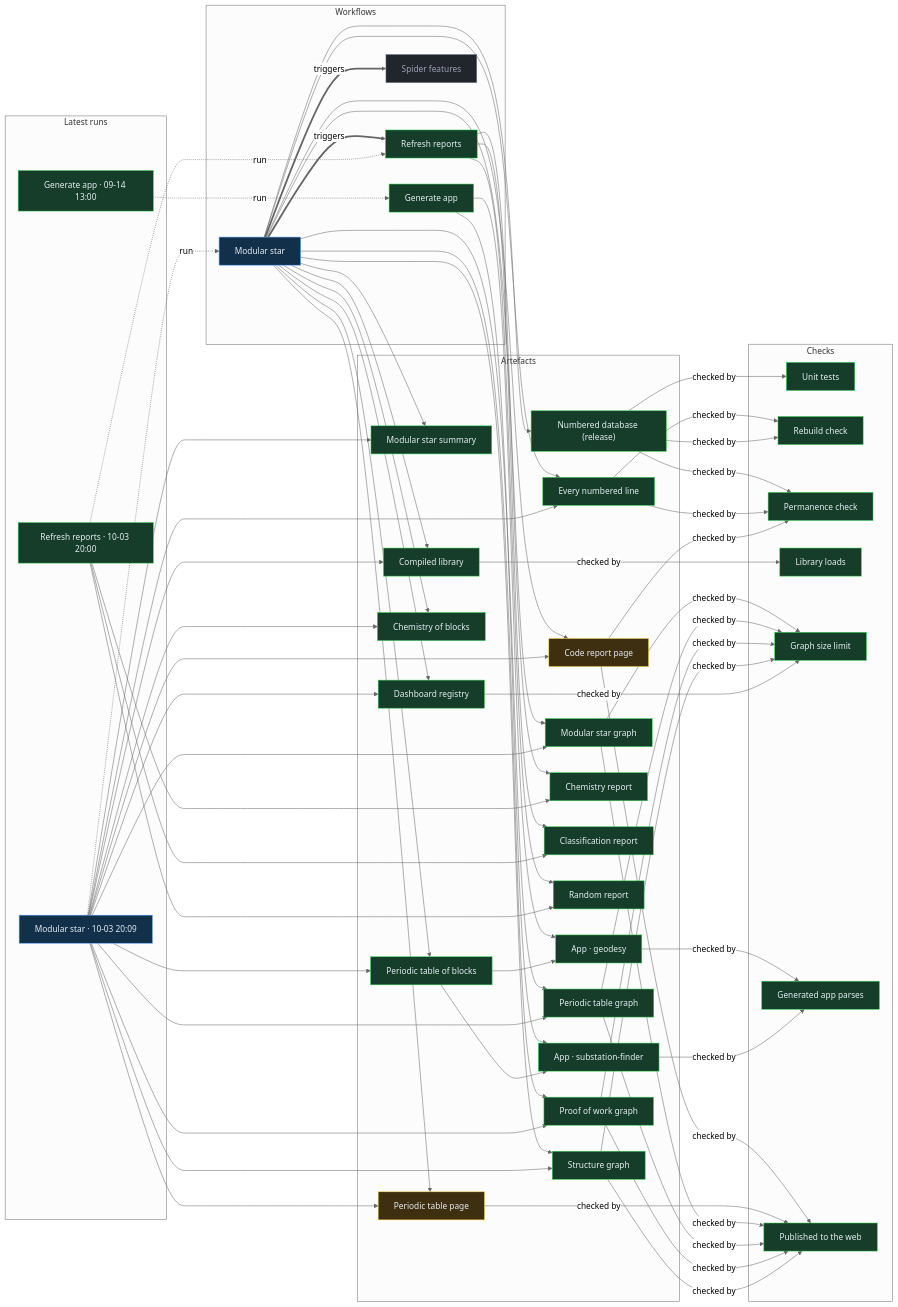
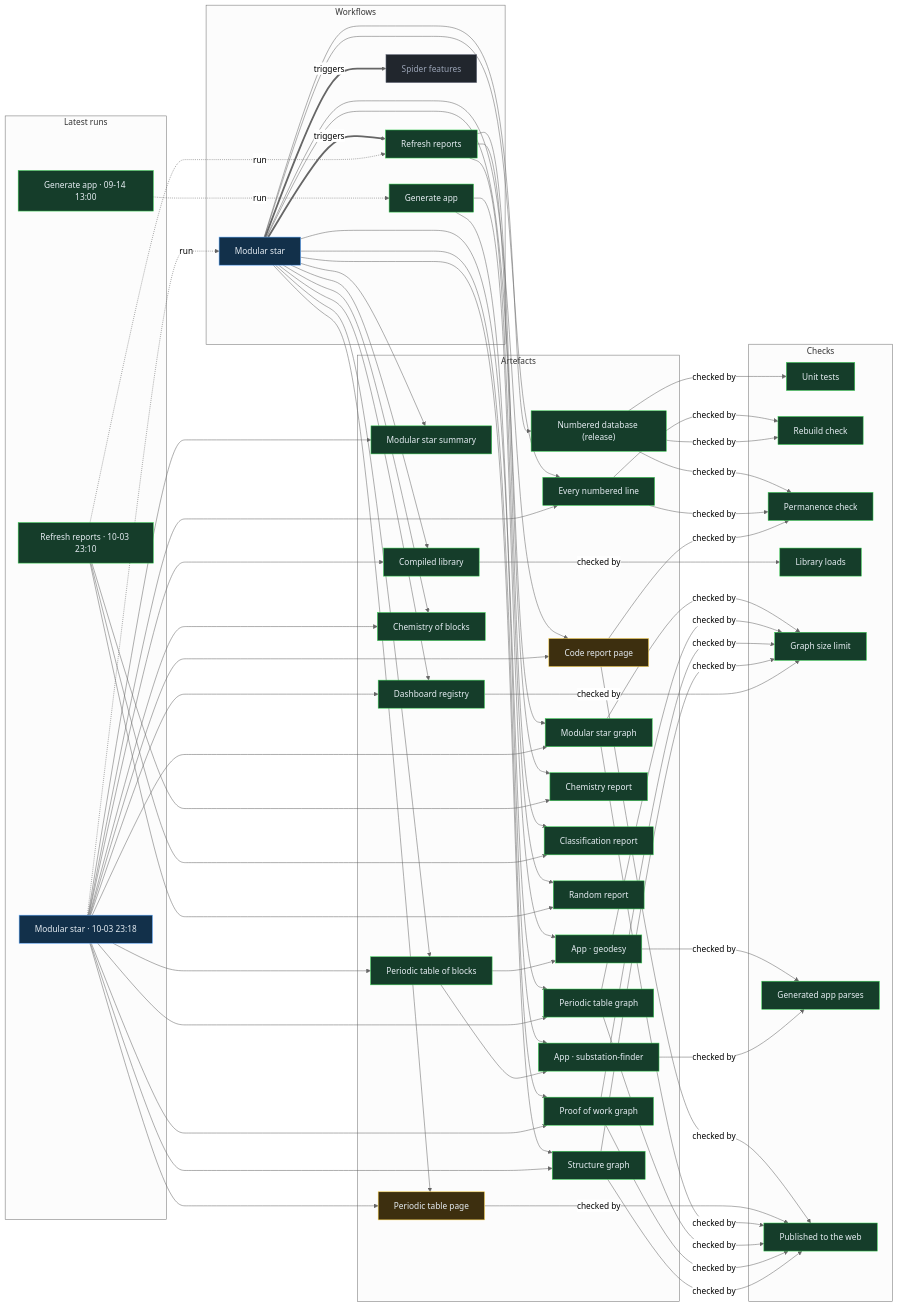
Before and after one commit to Ventusltd/stars: the diagram in proof/PROOF.md, drawn with Mermaid (neutral theme). The commit also changed other lines of this file and 37 other files, not shown here.

Commit message:
Modular star 2026-10-03T23:21Z

```diff
--- a/proof/PROOF.md
+++ b/proof/PROOF.md
@@ -24,8 +24,8 @@
   n_wf_spider_features["Spider features"]:::off
   end
   subgraph g_runs["Latest runs"]
-  n_run_37150554077["Modular star · 10-03 20:09"]:::live
-  n_run_37149969728["Refresh reports · 10-03 20:00"]:::ok
+  n_run_37161348304["Modular star · 10-03 23:18"]:::live
+  n_run_37160928750["Refresh reports · 10-03 23:10"]:::ok
   n_run_34846587798["Generate app · 09-14 13:00"]:::ok
   end
   subgraph g_artefacts["Artefacts"]
@@ -59,39 +59,39 @@
   end
   n_wf_modular_star == triggers ==> n_wf_refresh
   n_wf_modular_star == triggers ==> n_wf_spider_features
-  n_run_37150554077 -. run .-> n_wf_modular_star
-  n_run_37149969728 -. run .-> n_wf_refresh
+  n_run_37161348304 -. run .-> n_wf_modular_star
+  n_run_37160928750 -. run .-> n_wf_refresh
   n_run_34846587798 -. run .-> n_wf_generate
   n_wf_modular_star --> n_art_summary
-  n_run_37150554077 --> n_art_summary
+  n_run_37161348304 --> n_art_summary
   n_wf_modular_star --> n_art_lines
-  n_run_37150554077 --> n_art_lines
+  n_run_37161348304 --> n_art_lines
   n_wf_modular_star --> n_art_code
-  n_run_37150554077 --> n_art_code
+  n_run_37161348304 --> n_art_code
   n_wf_modular_star --> n_art_modular_graph
-  n_run_37150554077 --> n_art_modular_graph
+  n_run_37161348304 --> n_art_modular_graph
   n_wf_modular_star --> n_art_blocks
-  n_run_37150554077 --> n_art_blocks
+  n_run_37161348304 --> n_art_blocks
   n_wf_modular_star --> n_art_table
-  n_run_37150554077 --> n_art_table
+  n_run_37161348304 --> n_art_table
   n_wf_modular_star --> n_art_blocks_graph
-  n_run_37150554077 --> n_art_blocks_graph
+  n_run_37161348304 --> n_art_blocks_graph
   n_wf_modular_star --> n_art_reactions
-  n_run_37150554077 --> n_art_reactions
+  n_run_37161348304 --> n_art_reactions
   n_wf_modular_star --> n_art_library
-  n_run_37150554077 --> n_art_library
+  n_run_37161348304 --> n_art_library
   n_wf_modular_star --> n_art_features
-  n_run_37150554077 --> n_art_features
+  n_run_37161348304 --> n_art_features
   n_wf_modular_star --> n_art_proof
-  n_run_37150554077 --> n_art_proof
+  n_run_37161348304 --> n_art_proof
   n_wf_modular_star --> n_art_structure
-  n_run_37150554077 --> n_art_structure
+  n_run_37161348304 --> n_art_structure
   n_wf_refresh --> n_art_chemistry
-  n_run_37149969728 --> n_art_chemistry
+  n_run_37160928750 --> n_art_chemistry
   n_wf_refresh --> n_art_vedic
-  n_run_37149969728 --> n_art_vedic
+  n_run_37160928750 --> n_art_vedic
   n_wf_refresh --> n_art_random
-  n_run_37149969728 --> n_art_random
+  n_run_37160928750 --> n_art_random
   n_wf_modular_star --> n_art_release
   n_wf_generate --> n_app_geodesy
   n_art_blocks --> n_app_geodesy
```
